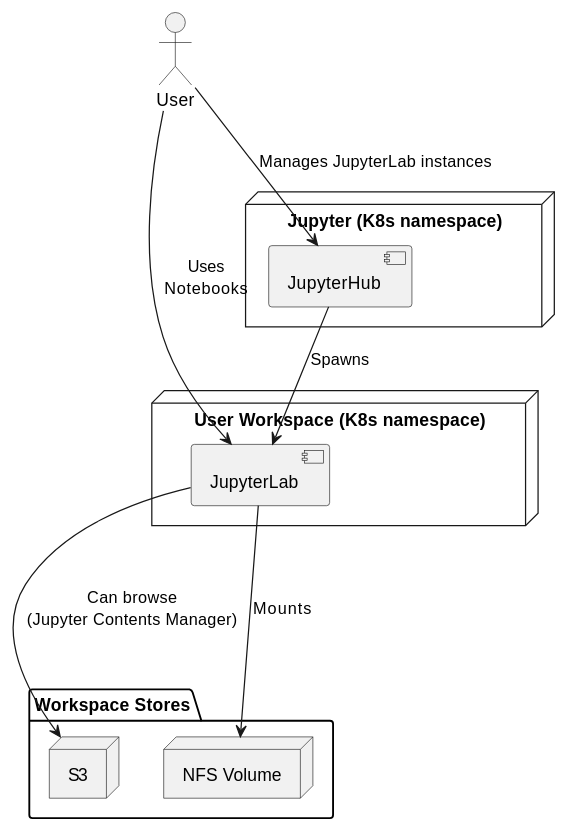
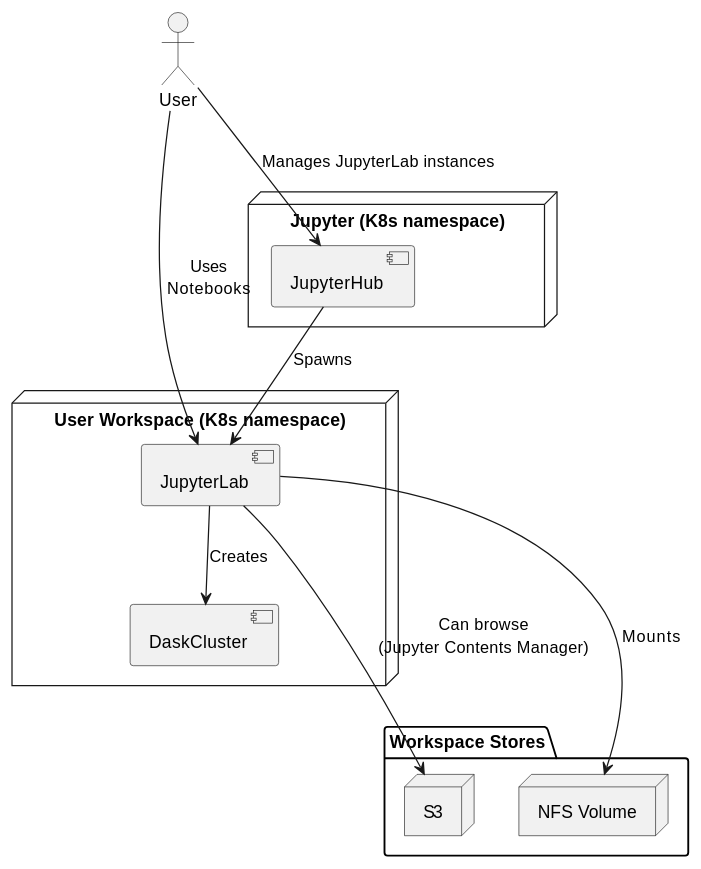
Before and after one commit to EO-DataHub/eodhp-guide: the diagram in docs/architecture/architectural-design/jupyter.md, drawn with PlantUML. The commit also changed other lines of this file and 9 other files, not shown here.

First line of the commit message:
Update architecture docs and add workspace cost API

````diff
--- a/docs/architecture/architectural-design/jupyter.md
+++ b/docs/architecture/architectural-design/jupyter.md
@@ -14,29 +13,31 @@
 ```kroki-plantuml
 @startuml
 
 actor User
 
 package WSStorage as "Workspace Stores" {
 	node S3 {
 	}
 
 	node "NFS Volume" as WNFS {
 	}
 }
 
 node "User Workspace (K8s namespace)" as UserWorkspace {
 	[JupyterLab]
+	[DaskCluster] as Dask
+	JupyterLab --> Dask : Creates
 }
 
 node "Jupyter (K8s namespace)" as JupyterHubNS {
   [JupyterHub]
   JupyterHub --> JupyterLab : Spawns
 }
 
 JupyterLab ---> WNFS : Mounts
 JupyterLab ---> S3 : Can browse\n(Jupyter Contents Manager)
 
 User --> JupyterHub : Manages JupyterLab instances
 User ---> JupyterLab : Uses\nNotebooks
 @enduml
 ```
````
